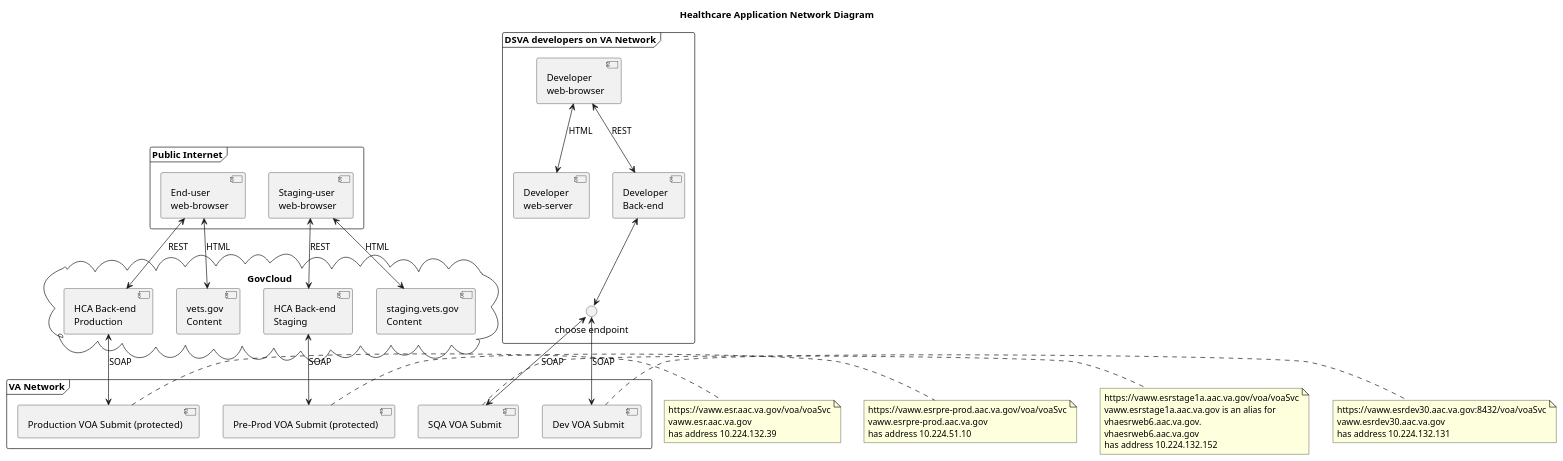
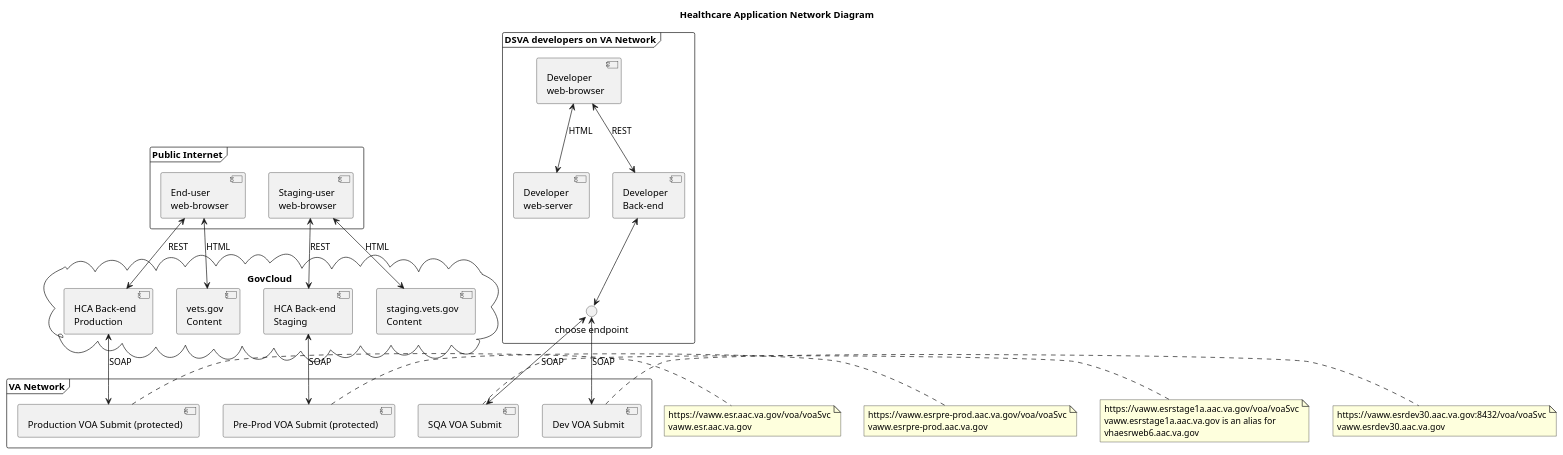
One commit to department-of-veterans-affairs/healthcare-application changed the diagram in diagrams/hca-top.puml. Above: the diagram before and after it, drawn with PlantUML. The commit also changed 2 other files, not shown here.

Commit message:
Remove IP addresses from diagrams. Added script to build diagrams.

```diff
--- a/diagrams/hca-top.puml
+++ b/diagrams/hca-top.puml
@@ -1,72 +1,67 @@
 @startuml
 
 title Healthcare Application Network Diagram
 skinparam componentStyle uml2
 
 frame "Public Internet" {
   [End-user\nweb-browser] as user
   [Staging-user\nweb-browser] as tester
 }
 
 cloud "GovCloud" {
   [vets.gov\nContent] as vets_prod_html
   [staging.vets.gov\nContent] as vets_sqa_html
   [HCA Back-end\nStaging] as hca_sqa_rest
   [HCA Back-end\nProduction] as hca_prod_rest
 }
 
 frame "VA Network" {
   [Pre-Prod VOA Submit (protected)] as es_preprod_soap
   [Production VOA Submit (protected)] as es_prod_soap
   [Dev VOA Submit] as es_dev_soap
   [SQA VOA Submit] as es_sqa_soap
 }
 
 note right of es_sqa_soap
 https://vaww.esrstage1a.aac.va.gov/voa/voaSvc
 vaww.esrstage1a.aac.va.gov is an alias for
-vhaesrweb6.aac.va.gov.
 vhaesrweb6.aac.va.gov
-has address 10.224.132.152
 end note
 
 note right of es_preprod_soap
 https://vaww.esrpre-prod.aac.va.gov/voa/voaSvc
 vaww.esrpre-prod.aac.va.gov
-has address 10.224.51.10
 end note
 
 note right of es_prod_soap
 https://vaww.esr.aac.va.gov/voa/voaSvc
 vaww.esr.aac.va.gov
-has address 10.224.132.39
 end note
 
 note right of es_dev_soap
 https://vaww.esrdev30.aac.va.gov:8432/voa/voaSvc
 vaww.esrdev30.aac.va.gov
-has address 10.224.132.131
 end note
 
 frame "DSVA developers on VA Network" {
   [Developer\nweb-browser] as devuser
   [Developer\nweb-server] as devui
   [Developer\nBack-end] as devbe
   () "choose endpoint" as choose
 }
 
 user <--> vets_prod_html : HTML
 user <--> hca_prod_rest : REST
 hca_prod_rest <--> es_prod_soap : SOAP
 
 tester <--> vets_sqa_html : HTML
 tester <--> hca_sqa_rest : REST
 hca_sqa_rest <--> es_preprod_soap : SOAP
 
 devuser <--> devui : HTML
 devuser <--> devbe : REST
 devbe <--> choose
 choose <--> es_dev_soap : SOAP
 choose <--> es_sqa_soap : SOAP
 
 @enduml
```
